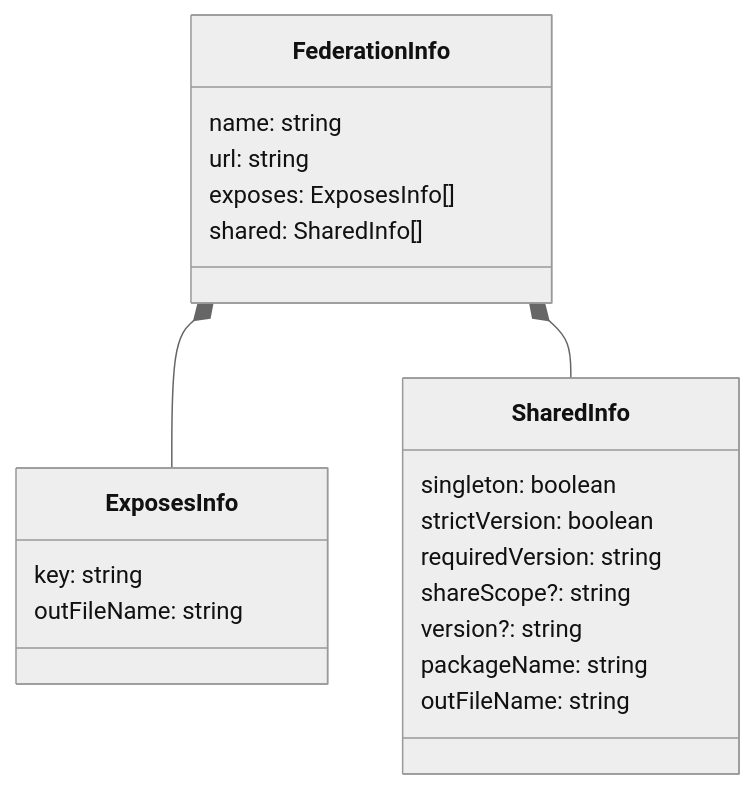
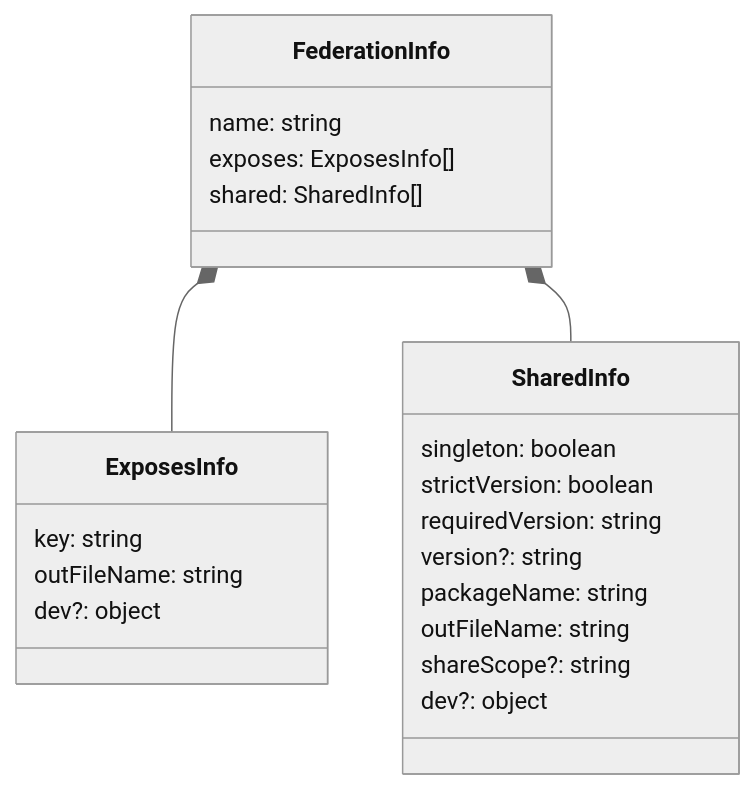
The third of 5 diagrams in docs/architecture.md (topicusonderwijs/vanilla-native-federation), drawn with Mermaid (neutral theme) before and after one commit. The commit also changed other lines of this file and 4 other files, not shown here.

````diff
--- a/docs/architecture.md
+++ b/docs/architecture.md
@@ -151,25 +151,26 @@
 ```mermaid
 classDiagram
     FederationInfo *-- ExposesInfo
     FederationInfo *-- SharedInfo
 
     class FederationInfo {
         name: string
-        url: string
         exposes: ExposesInfo[]
         shared: SharedInfo[]
     }
     class ExposesInfo{
         key: string
         outFileName: string
+        dev?: object
     }
     class SharedInfo{
         singleton: boolean
         strictVersion: boolean
         requiredVersion: string
-        shareScope?: string
         version?: string
         packageName: string
         outFileName: string
+        shareScope?: string
+        dev?: object
     }
 ```
````
